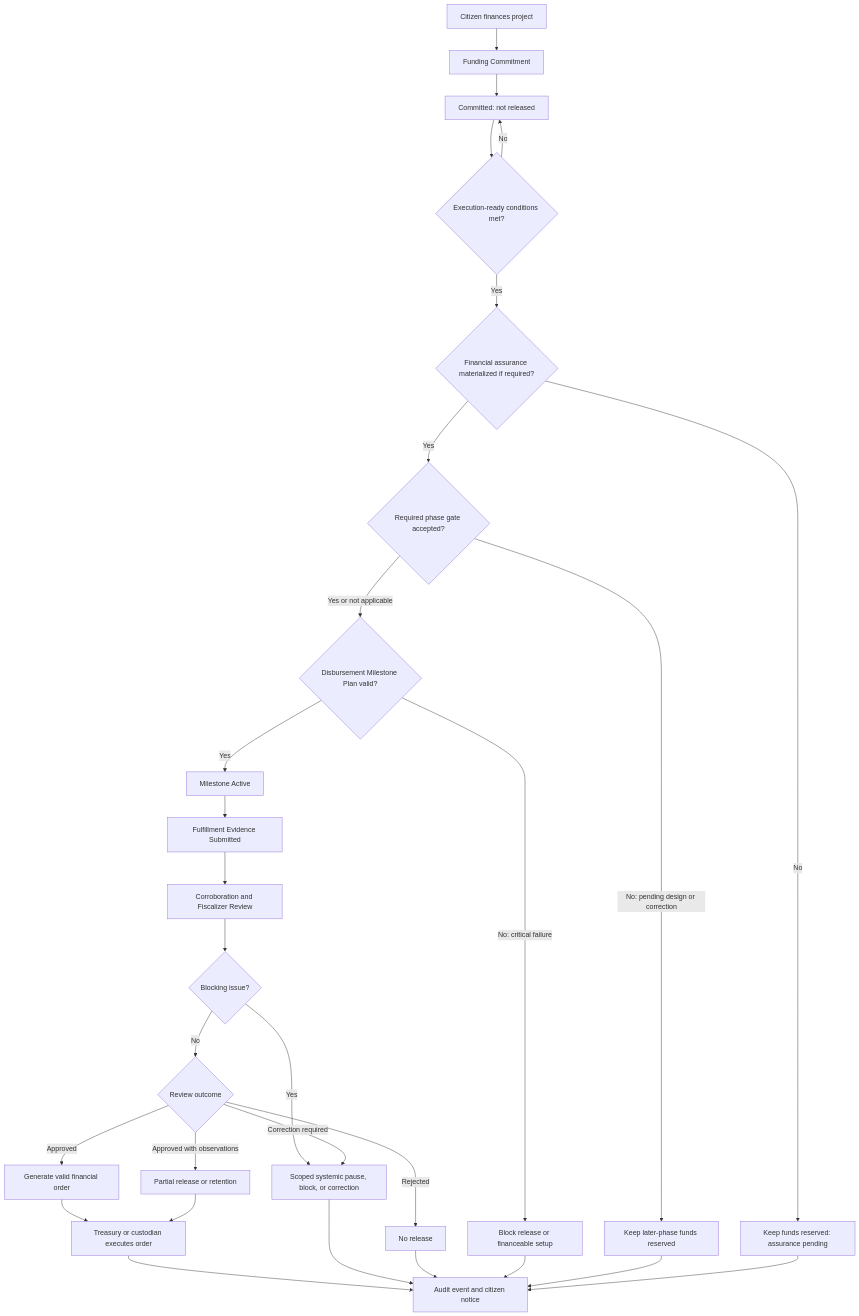
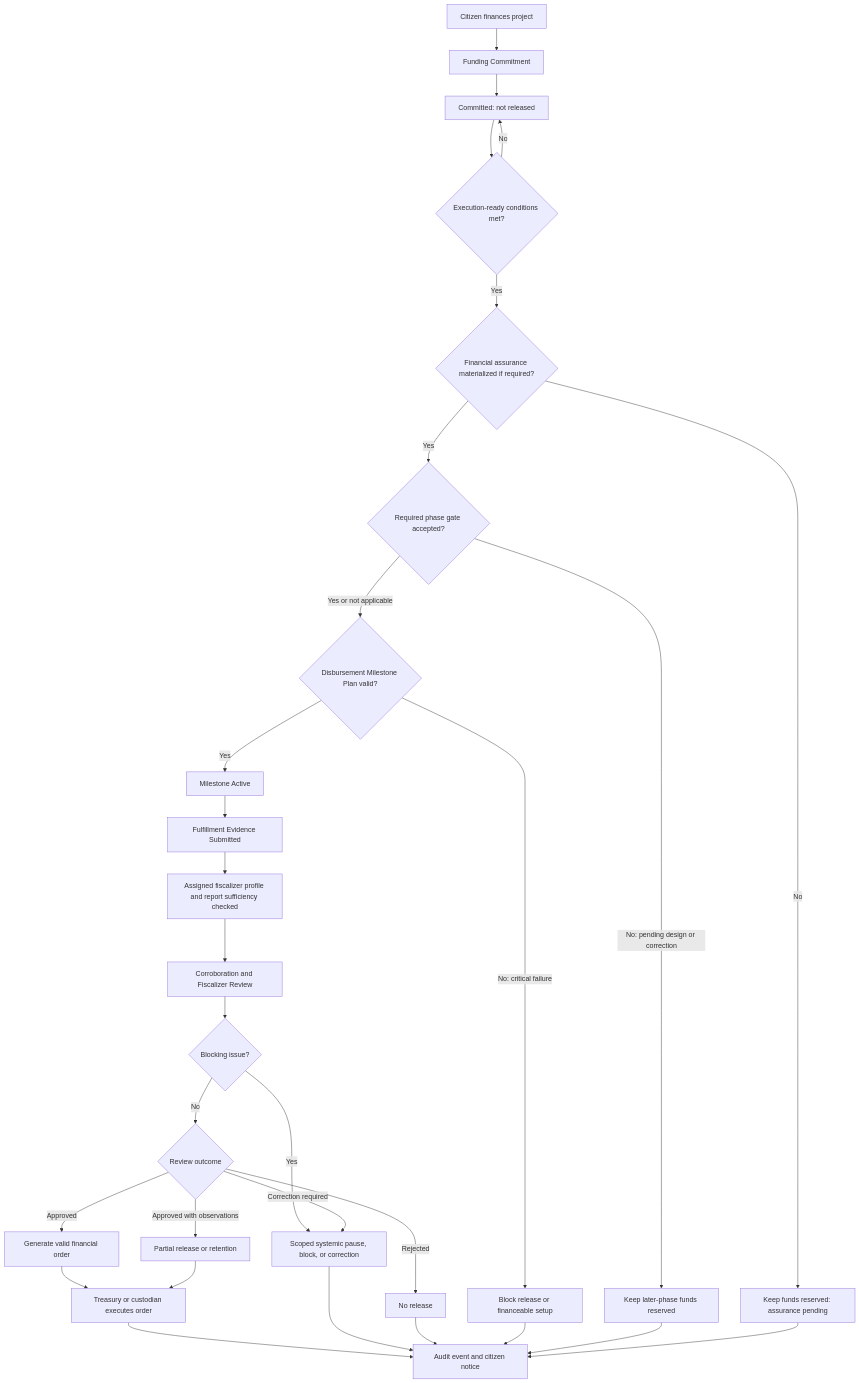
One commit to moffermann/distributed-governance-research changed the diagram in docs/diagrams/v0-funding-disbursement.md. Above: the diagram before and after it, drawn with Mermaid. The commit also changed other lines of this file and 36 other files, not shown here.

````diff
--- a/docs/diagrams/v0-funding-disbursement.md
+++ b/docs/diagrams/v0-funding-disbursement.md
@@ -9,34 +9,35 @@
 ```mermaid
 flowchart TD
     A[Citizen finances project] --> B[Funding Commitment]
     B --> C[Committed: not released]
     C --> D{Execution-ready conditions met?}
     D -->|No| C
     D -->|Yes| AS{Financial assurance materialized if required?}
     AS -->|No| AR[Keep funds reserved: assurance pending]
     AS -->|Yes| PG{Required phase gate accepted?}
     PG -->|No: pending design or correction| PR[Keep later-phase funds reserved]
     PG -->|Yes or not applicable| MP{Disbursement Milestone Plan valid?}
     MP -->|No: critical failure| BL[Block release or financeable setup]
     MP -->|Yes| E[Milestone Active]
 
     E --> F[Fulfillment Evidence Submitted]
-    F --> G[Corroboration and Fiscalizer Review]
+    F --> FP[Assigned fiscalizer profile and report sufficiency checked]
+    FP --> G[Corroboration and Fiscalizer Review]
     G --> H{Blocking issue?}
     H -->|Yes| I[Scoped systemic pause, block, or correction]
     H -->|No| J{Review outcome}
 
     J -->|Approved| K[Generate valid financial order]
     J -->|Approved with observations| L[Partial release or retention]
     J -->|Correction required| I
     J -->|Rejected| M[No release]
 
     K --> T[Treasury or custodian executes order]
     L --> T
     T --> N[Audit event and citizen notice]
     I --> N
     M --> N
     BL --> N
     PR --> N
     AR --> N
 ```
````
